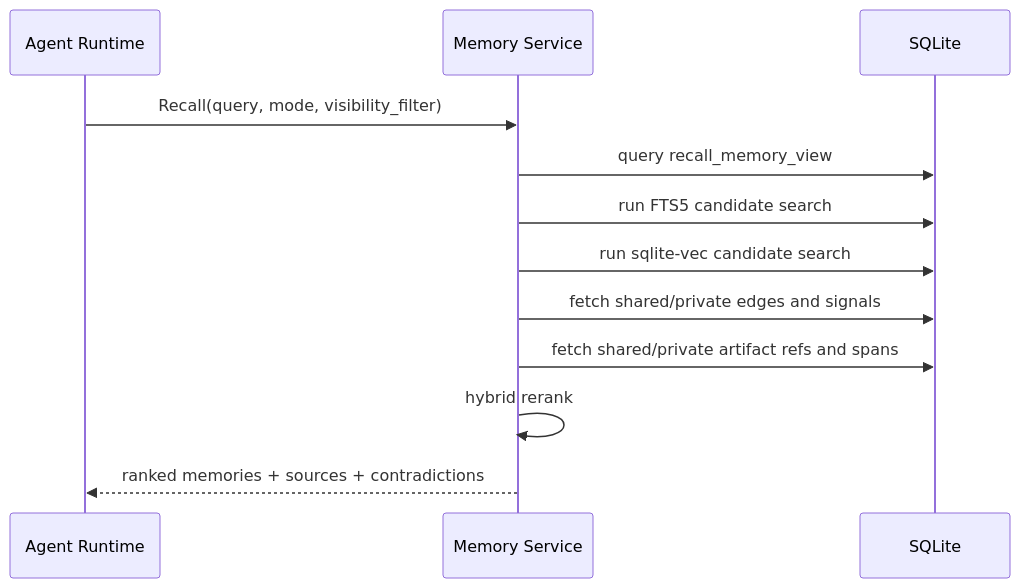
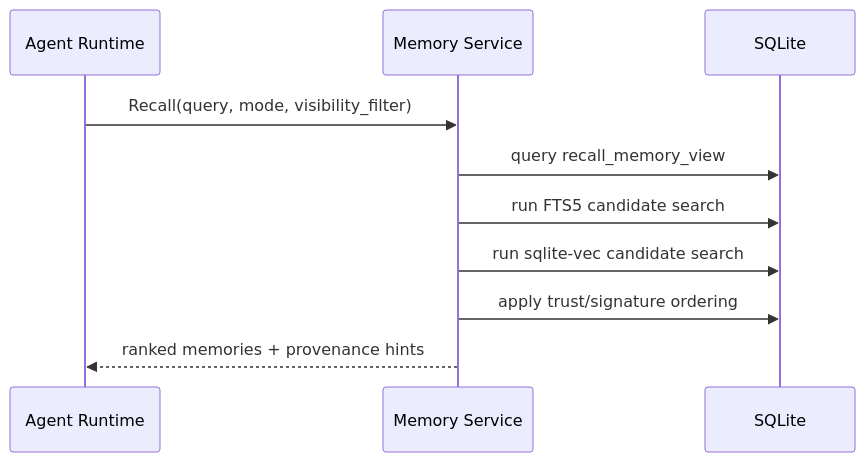
Before and after one commit to Taku315o/crdt-agent-memory: the fifth of 8 diagrams in docs/architecture/workflows.md, drawn with Mermaid. The commit also changed other lines of this file and 4 other files, not shown here.

````diff
--- a/docs/architecture/workflows.md
+++ b/docs/architecture/workflows.md
@@ -188,15 +188,13 @@
 ```mermaid
 sequenceDiagram
     participant Agent as Agent Runtime
     participant API as Memory Service
     participant DB as SQLite
 
     Agent->>API: Recall(query, mode, visibility_filter)
     API->>DB: query recall_memory_view
     API->>DB: run FTS5 candidate search
     API->>DB: run sqlite-vec candidate search
-    API->>DB: fetch shared/private edges and signals
-    API->>DB: fetch shared/private artifact refs and spans
-    API->>API: hybrid rerank
-    API-->>Agent: ranked memories + sources + contradictions
+    API->>DB: apply trust/signature ordering
+    API-->>Agent: ranked memories + provenance hints
 ```
````
